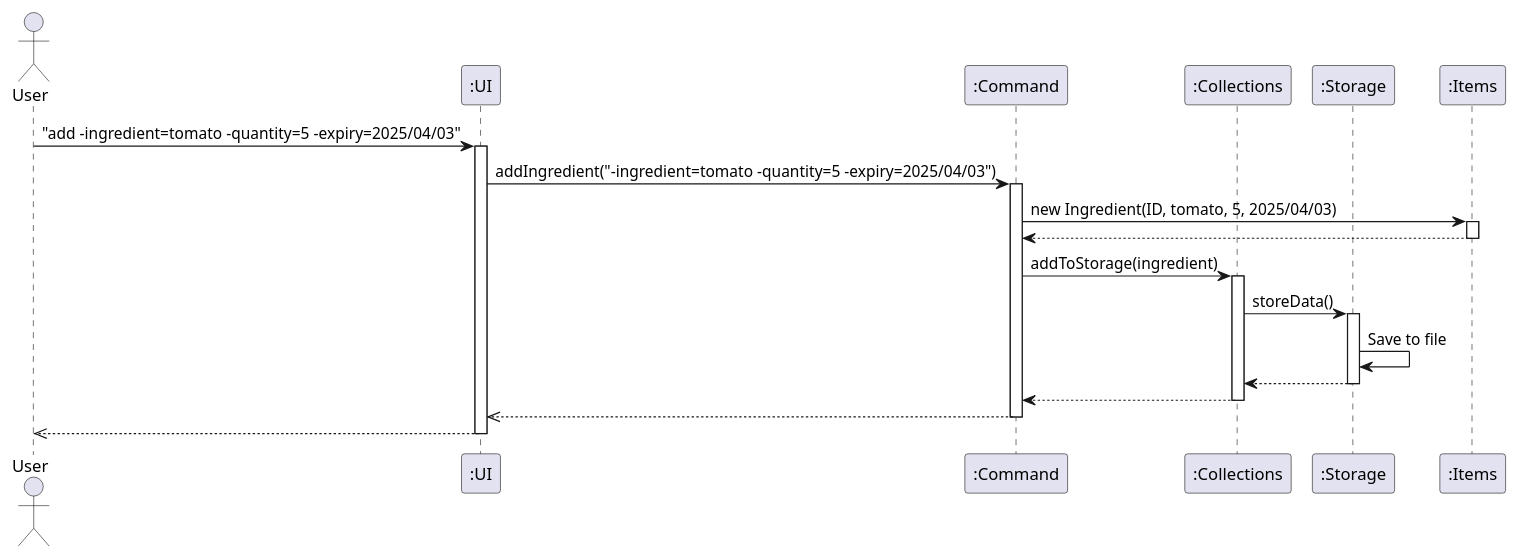
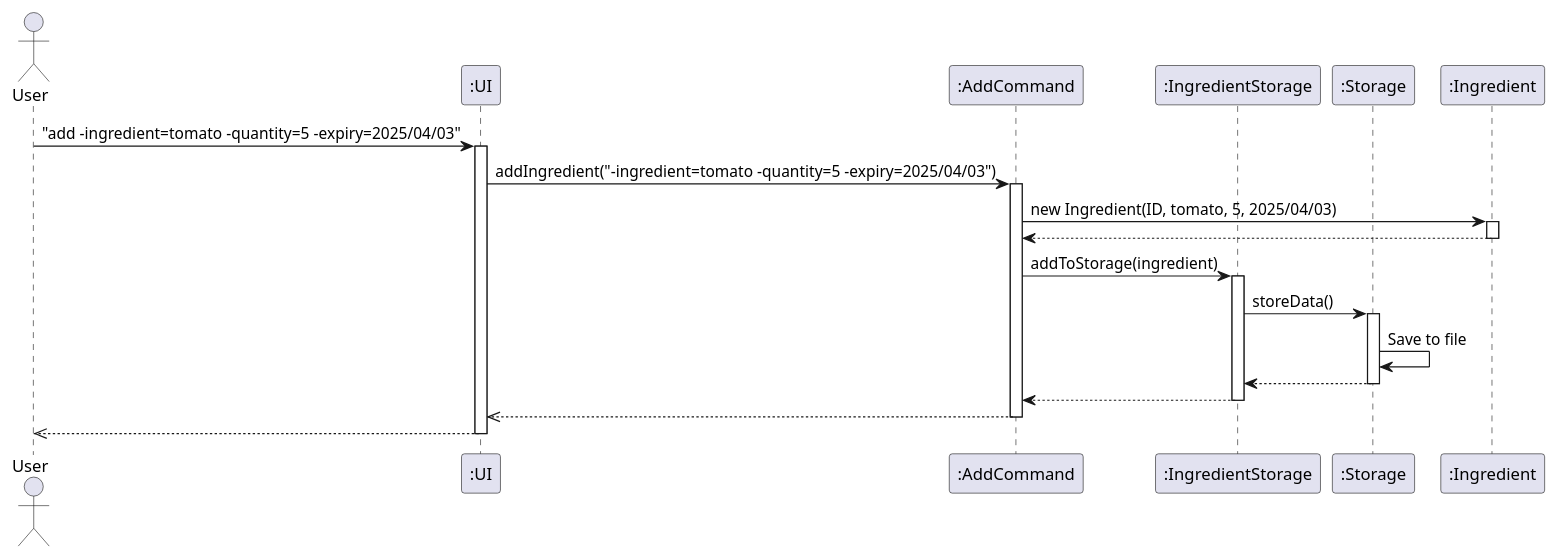
Before and after one commit to whalesyong/tp: the diagram in src/main/java/seedu/cookingaids/diagrams/bigPicture.puml, drawn with PlantUML. The commit also changed 1 other file, not shown here.

Commit message:
Updated sequence diagram

```diff
--- a/src/main/java/seedu/cookingaids/diagrams/bigPicture.puml
+++ b/src/main/java/seedu/cookingaids/diagrams/bigPicture.puml
@@ -1,30 +1,30 @@
 @startuml
 actor User
 participant ":UI" as UI
-participant ":Command" as Command
-participant ":Collections" as Collections
+participant ":AddCommand" as AddCommand
+participant ":IngredientStorage" as IngredientStorage
 participant ":Storage" as Storage
-participant ":Items" as Items
+participant ":Ingredient" as Ingredient
 
 User -> UI: "add -ingredient=tomato -quantity=5 -expiry=2025/04/03"
 activate UI
-UI -> Command: addIngredient("-ingredient=tomato -quantity=5 -expiry=2025/04/03")
-activate Command
-Command -> Items: new Ingredient(ID, tomato, 5, 2025/04/03)
-activate Items
-Items --> Command
-deactivate Items
-Command -> Collections: addToStorage(ingredient)
-activate Collections
-Collections -> Storage: storeData()
+UI -> AddCommand: addIngredient("-ingredient=tomato -quantity=5 -expiry=2025/04/03")
+activate AddCommand
+AddCommand -> Ingredient: new Ingredient(ID, tomato, 5, 2025/04/03)
+activate Ingredient
+Ingredient --> AddCommand
+deactivate Ingredient
+AddCommand -> IngredientStorage: addToStorage(ingredient)
+activate IngredientStorage
+IngredientStorage -> Storage: storeData()
 activate Storage
 Storage -> Storage: Save to file
-Storage --> Collections
+Storage --> IngredientStorage
 deactivate Storage
-Collections --> Command
-deactivate Collections
-Command -->> UI
-deactivate Command
+IngredientStorage --> AddCommand
+deactivate IngredientStorage
+AddCommand -->> UI
+deactivate AddCommand
 UI -->> User
 deactivate UI
 @enduml
```
